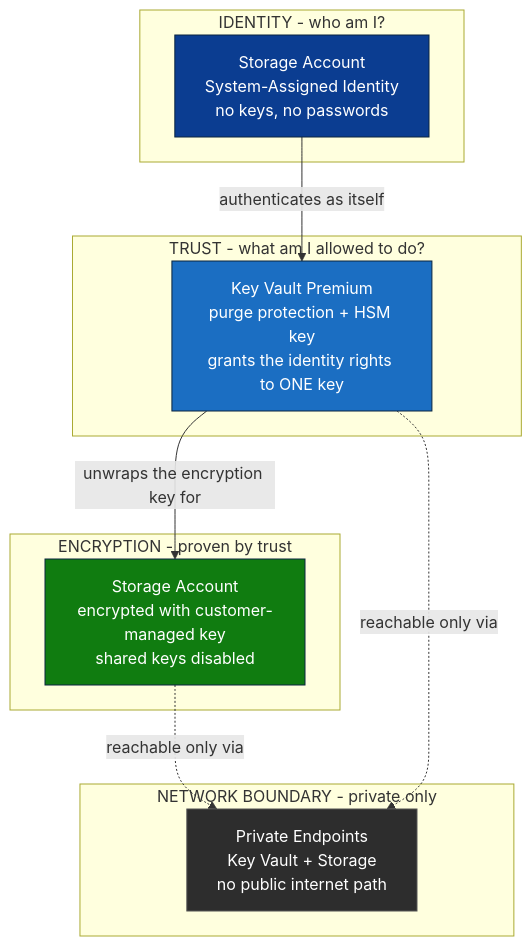
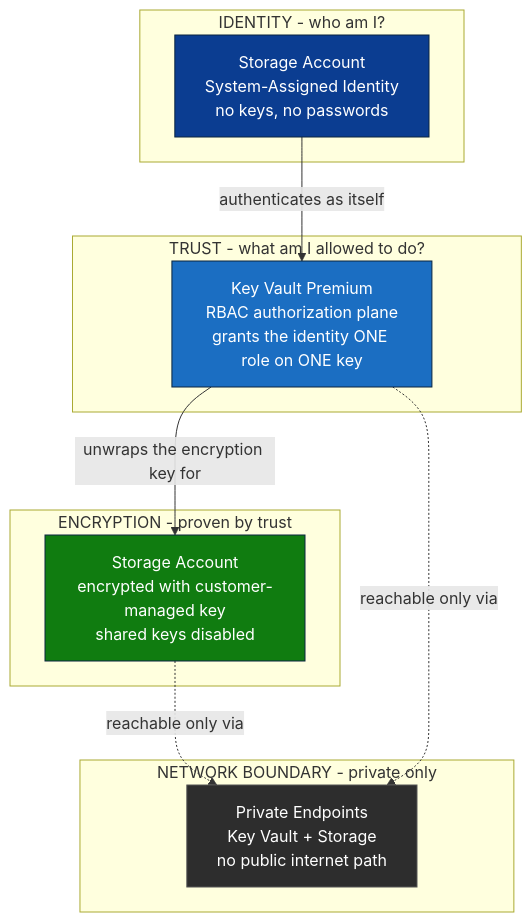
One commit to rogersombe/terraform-azure-lab changed the diagram in README.md. Above: the diagram before and after it, drawn with Mermaid. The commit also changed other lines of this file and 2 other files, not shown here.

First line of the commit message:
feat: migrate Key Vault to Azure RBAC authorization plane

````diff
--- a/README.md
+++ b/README.md
@@ -14,32 +14,32 @@
 ```mermaid
 flowchart TD
     subgraph IDENTITY["IDENTITY - who am I?"]
         SA_ID["Storage Account<br/>System-Assigned Identity<br/>no keys, no passwords"]
     end
 
     subgraph TRUST["TRUST - what am I allowed to do?"]
-        KV["Key Vault Premium<br/>purge protection + HSM key<br/>grants the identity rights to ONE key"]
+        KV["Key Vault Premium<br/>RBAC authorization plane<br/>grants the identity ONE role on ONE key"]
     end
 
     subgraph ENCRYPT["ENCRYPTION - proven by trust"]
         STORAGE["Storage Account<br/>encrypted with customer-managed key<br/>shared keys disabled"]
     end
 
     subgraph BOUNDARY["NETWORK BOUNDARY - private only"]
         PE["Private Endpoints<br/>Key Vault + Storage<br/>no public internet path"]
     end
 
     SA_ID -->|"authenticates as itself"| KV
     KV -->|"unwraps the encryption key for"| STORAGE
     STORAGE -.->|"reachable only via"| PE
     KV -.->|"reachable only via"| PE
 
     classDef identity fill:#0b3d91,stroke:#0a2540,color:#fff
     classDef trust fill:#1b6ec2,stroke:#0a2540,color:#fff
     classDef encrypt fill:#107c10,stroke:#0a2540,color:#fff
     classDef boundary fill:#2d2d2d,stroke:#555,color:#fff
     class SA_ID identity
     class KV trust
     class STORAGE encrypt
     class PE boundary
 ```
````
